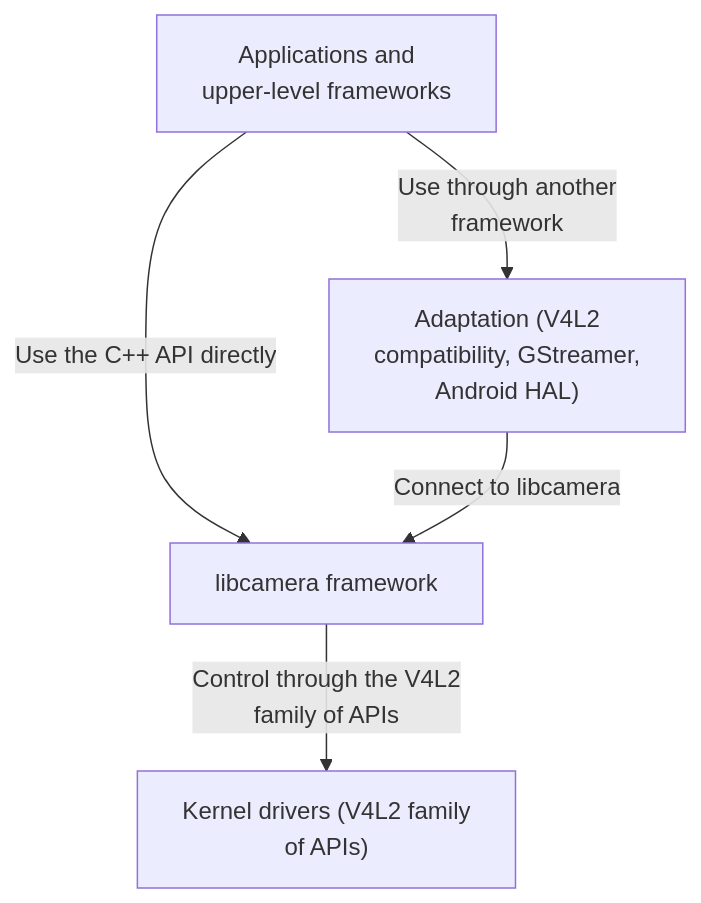
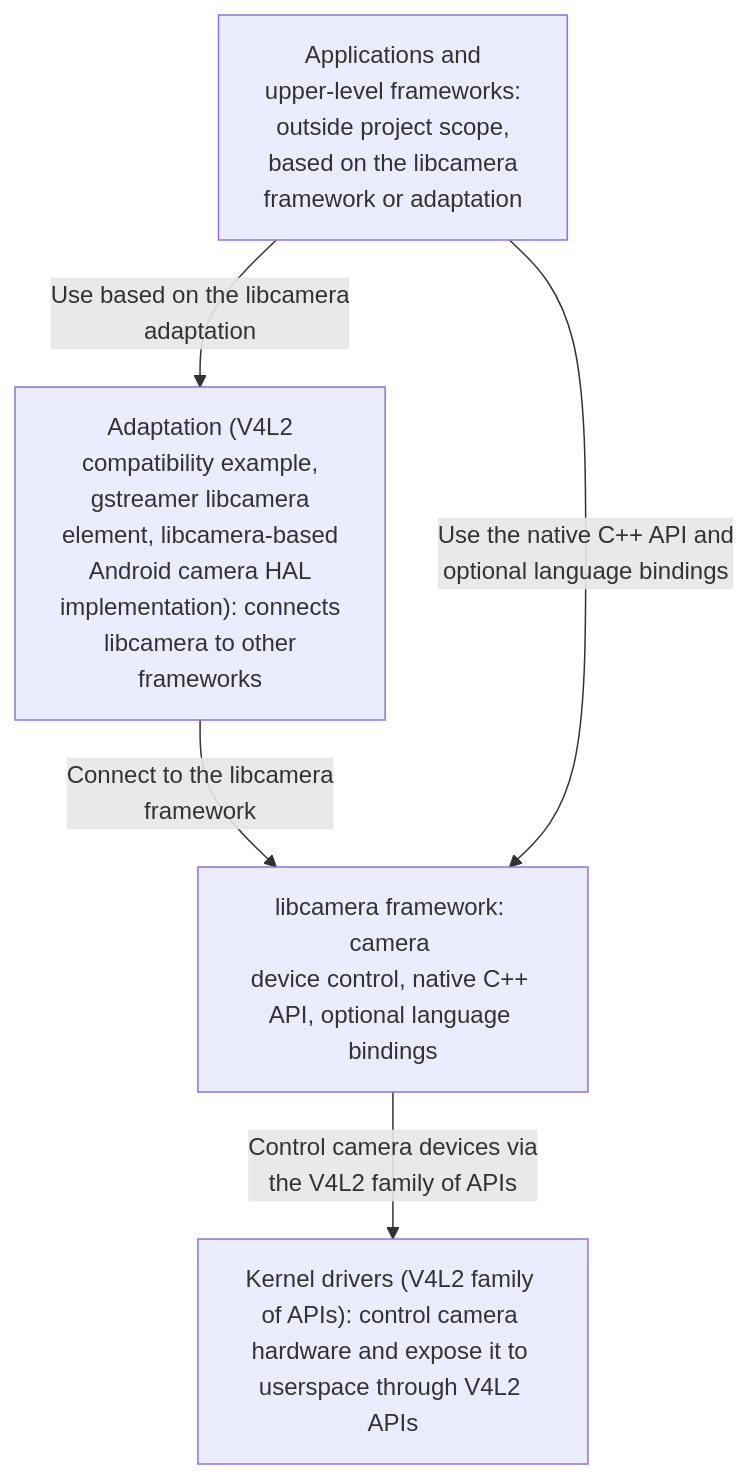
One commit to TTolsun/libcamera-sdd changed the diagram in docs/en/index.camera-stack.mmd. Above: the diagram before and after it, drawn with Mermaid. The commit also changed 352 other files, not shown here.

```diff
--- a/docs/en/index.camera-stack.mmd
+++ b/docs/en/index.camera-stack.mmd
@@ -1,10 +1,10 @@
 flowchart TB
 
-  v_apps["Applications and <br/>upper-level frameworks"]
-  v_adaptation["Adaptation (V4L2 <br/>compatibility, GStreamer, <br/>Android HAL)"]
-  v_framework["libcamera framework"]
-  v_kernel["Kernel drivers (V4L2 family <br/>of APIs)"]
-  v_apps -->|"Use the C++ API directly"| v_framework
-  v_apps -->|"Use through another <br/>framework"| v_adaptation
-  v_adaptation -->|"Connect to libcamera"| v_framework
-  v_framework -->|"Control through the V4L2 <br/>family of APIs"| v_kernel
+  v_apps["Applications and <br/>upper-level frameworks: <br/>outside project scope, <br/>based on the libcamera <br/>framework or adaptation"]
+  v_adaptation["Adaptation (V4L2 <br/>compatibility example, <br/>gstreamer libcamera <br/>element, libcamera-based <br/>Android camera HAL <br/>implementation): connects <br/>libcamera to other <br/>frameworks"]
+  v_framework["libcamera framework: camera <br/>device control, native C++ <br/>API, optional language <br/>bindings"]
+  v_kernel["Kernel drivers (V4L2 family <br/>of APIs): control camera <br/>hardware and expose it to <br/>userspace through V4L2 APIs"]
+  v_apps -->|"Use based on the libcamera <br/>adaptation"| v_adaptation
+  v_adaptation -->|"Connect to the libcamera <br/>framework"| v_framework
+  v_framework -->|"Control camera devices via <br/>the V4L2 family of APIs"| v_kernel
+  v_apps -->|"Use the native C++ API and <br/>optional language bindings"| v_framework
```
